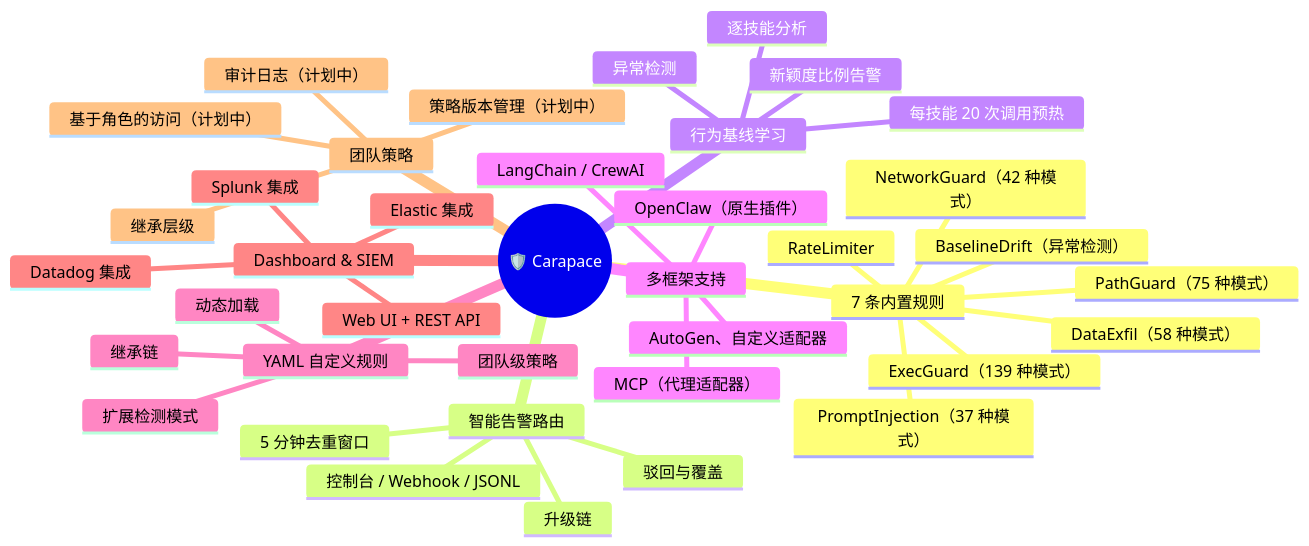
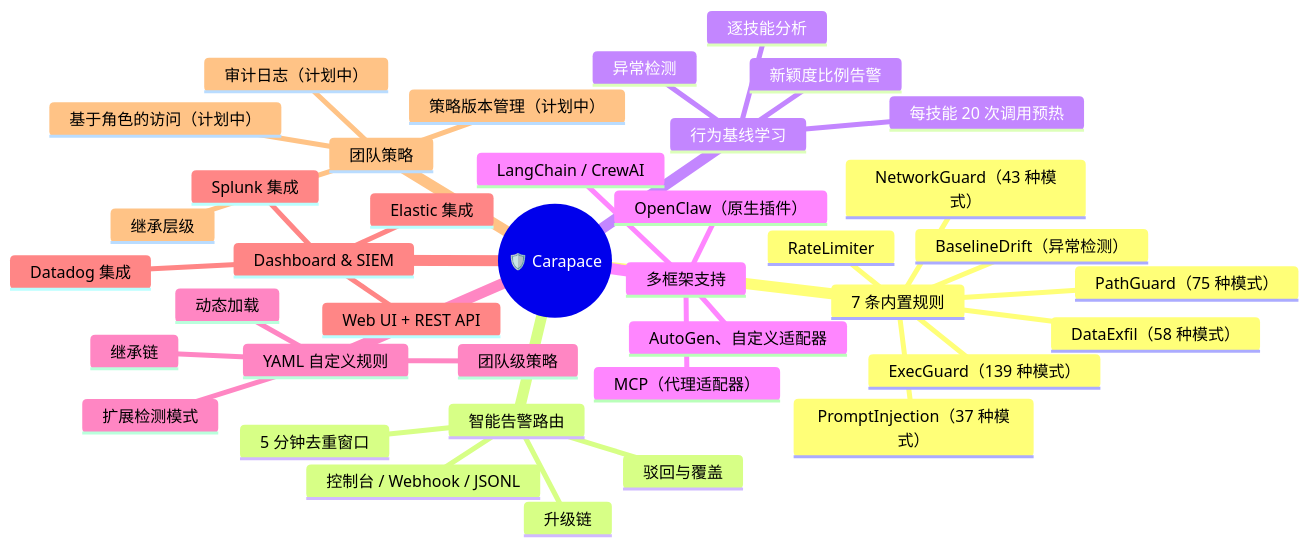
Before and after one commit to yeasy/carapace: the first of 4 diagrams in README.zh-CN.md, drawn with Mermaid. The commit also changed other lines of this file and 4 other files, not shown here.

````diff
--- a/README.zh-CN.md
+++ b/README.zh-CN.md
@@ -70,42 +70,42 @@
 ```mermaid
 mindmap
   root((🛡️ Carapace))
     7 条内置规则
       ExecGuard（139 种模式）
       PathGuard（75 种模式）
-      NetworkGuard（42 种模式）
+      NetworkGuard（43 种模式）
       RateLimiter
       PromptInjection（37 种模式）
       DataExfil（58 种模式）
       BaselineDrift（异常检测）
     智能告警路由
       5 分钟去重窗口
       升级链
       驳回与覆盖
       控制台 / Webhook / JSONL
     行为基线学习
       每技能 20 次调用预热
       逐技能分析
       异常检测
       新颖度比例告警
     多框架支持
       OpenClaw（原生插件）
       MCP（代理适配器）
       LangChain / CrewAI
       AutoGen、自定义适配器
     YAML 自定义规则
       扩展检测模式
       团队级策略
       继承链
       动态加载
     Dashboard & SIEM
       Web UI + REST API
       Splunk 集成
       Elastic 集成
       Datadog 集成
     团队策略
       继承层级
       基于角色的访问（计划中）
       策略版本管理（计划中）
       审计日志（计划中）
 ```
````
